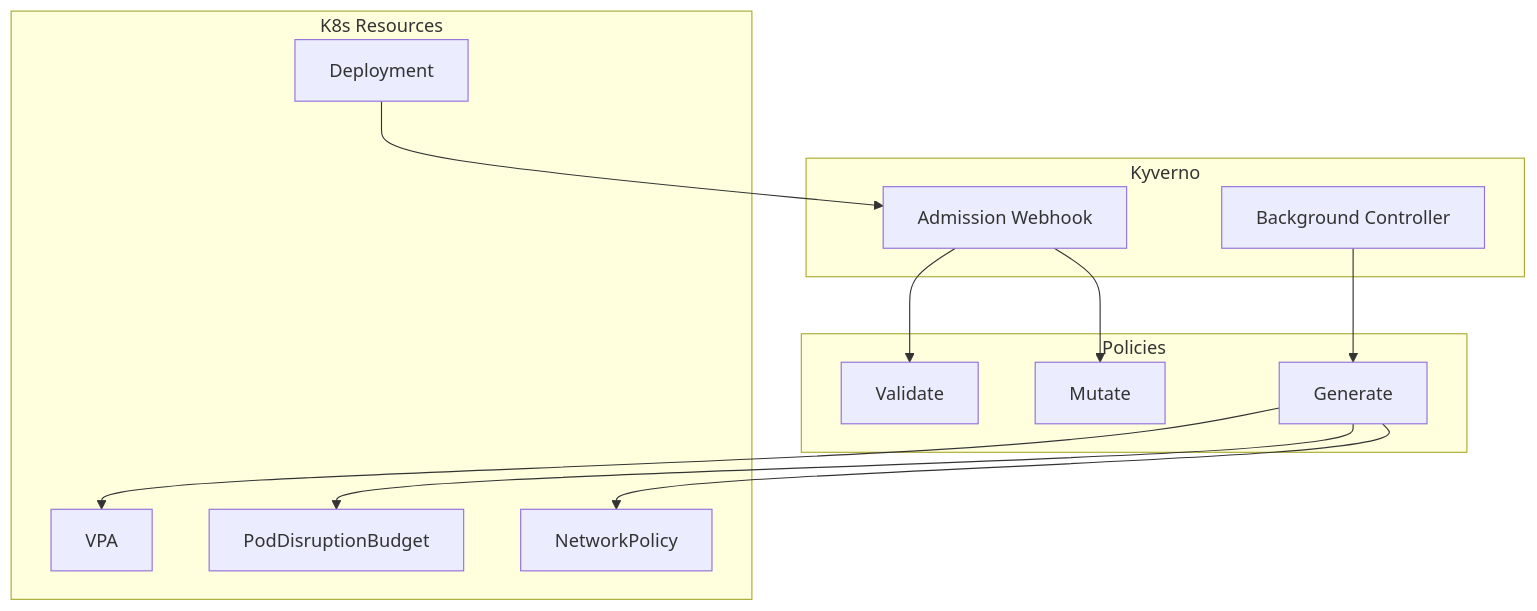
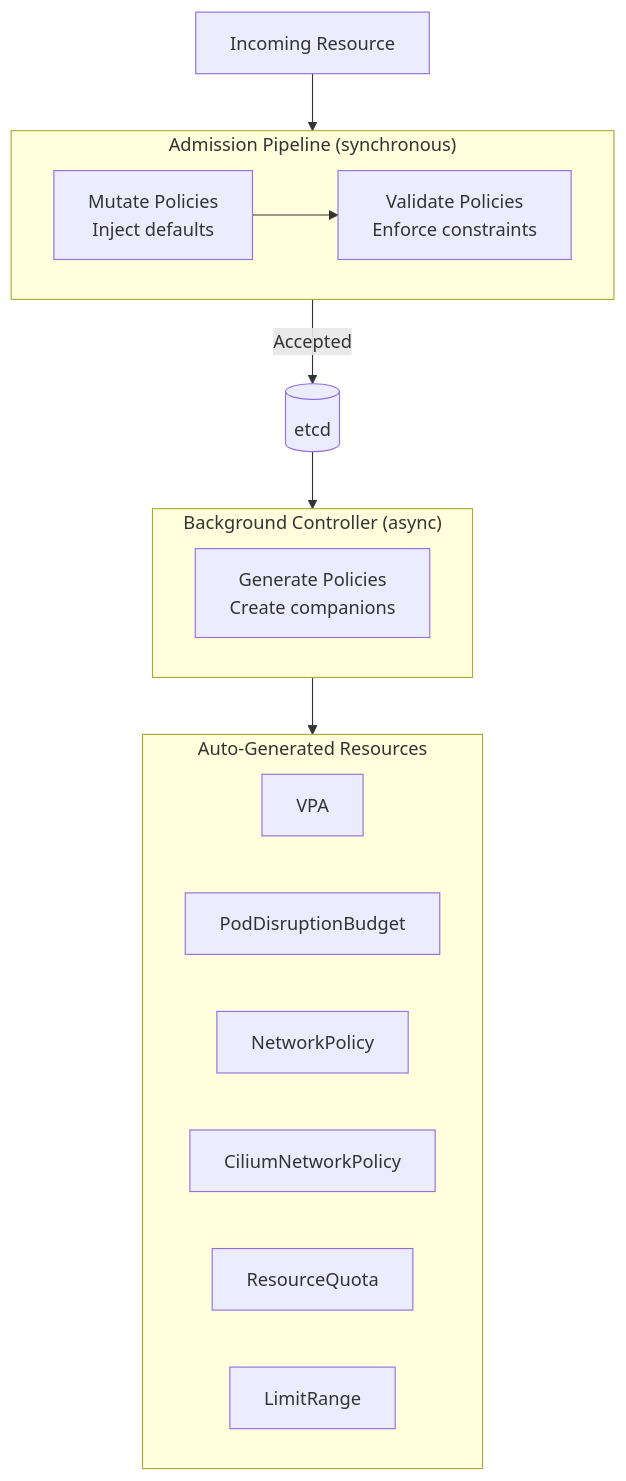
The first of 2 diagrams in platform/kyverno/README.md (openova-io/openova), drawn with Mermaid before and after one commit. The commit also changed other lines of this file, not shown here.

First line of the commit message:
docs: comprehensive Kyverno policy matrix for resilience and zero-trust

````diff
--- a/platform/kyverno/README.md
+++ b/platform/kyverno/README.md
@@ -21,28 +31,27 @@
 ```mermaid
 flowchart TB
-    subgraph Kyverno["Kyverno"]
-        Webhook[Admission Webhook]
-        Background[Background Controller]
+    subgraph Admission["Admission Pipeline (synchronous)"]
+        direction LR
+        Mutate[Mutate Policies<br/>Inject defaults]
+        Validate[Validate Policies<br/>Enforce constraints]
+        Mutate --> Validate
     end
 
-    subgraph Policies["Policies"]
-        Validate[Validate]
-        Mutate[Mutate]
-        Generate[Generate]
+    subgraph Background["Background Controller (async)"]
+        Generate[Generate Policies<br/>Create companions]
     end
 
-    subgraph Resources["K8s Resources"]
-        Deploy[Deployment]
+    subgraph Generated["Auto-Generated Resources"]
         VPA[VPA]
         PDB[PodDisruptionBudget]
         NP[NetworkPolicy]
+        CNP[CiliumNetworkPolicy]
+        RQ[ResourceQuota]
+        LR[LimitRange]
     end
 
-    Webhook --> Validate
-    Webhook --> Mutate
-    Background --> Generate
-    Deploy --> Webhook
-    Generate --> VPA
-    Generate --> PDB
-    Generate --> NP
+    Resource[Incoming Resource] --> Admission
+    Admission -->|Accepted| etcd[(etcd)]
+    etcd --> Background
+    Background --> Generated
 ```
````
